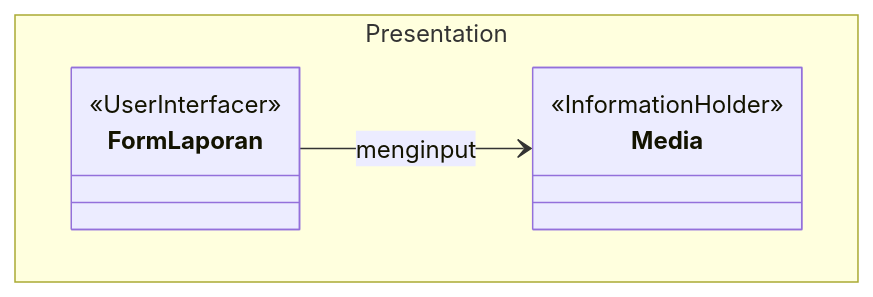
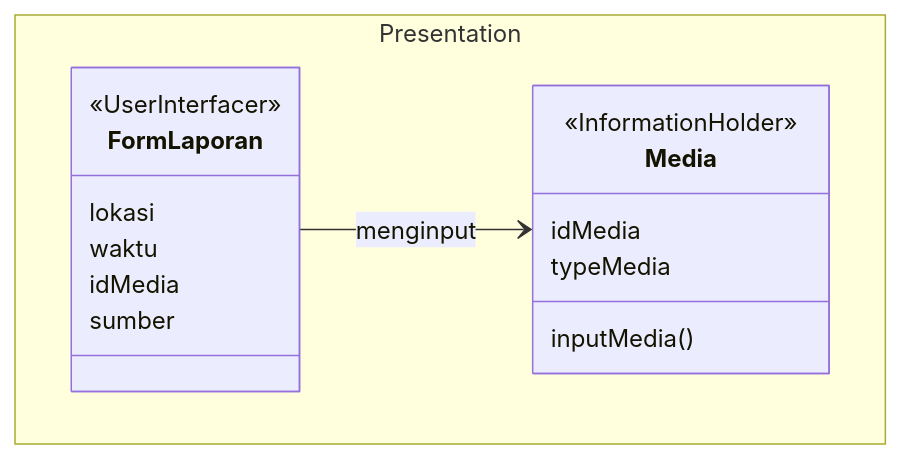
The second of 9 diagrams in docs/M4/K03_G02_CD.md (star-scripter/IF2150-RPL-K03-G02), drawn with Mermaid before and after one commit. The commit also changed other lines of this file, not shown here.

Commit message:
docs: add attributes and operations to mermaid diagram

````diff
--- a/docs/M4/K03_G02_CD.md
+++ b/docs/M4/K03_G02_CD.md
@@ -391,13 +405,22 @@
 ```mermaid
 classDiagram
     direction TB
 
     namespace Presentation {
-        class FormLaporan
-        class Media
+        class FormLaporan {
+            lokasi
+            waktu
+            idMedia
+            sumber
+        }
+        class Media {
+            idMedia
+            typeMedia
+            inputMedia()
+        }
     }
     <<UserInterfacer>> FormLaporan
     <<InformationHolder>> Media
 
     FormLaporan --> Media : menginput
 ```
````
